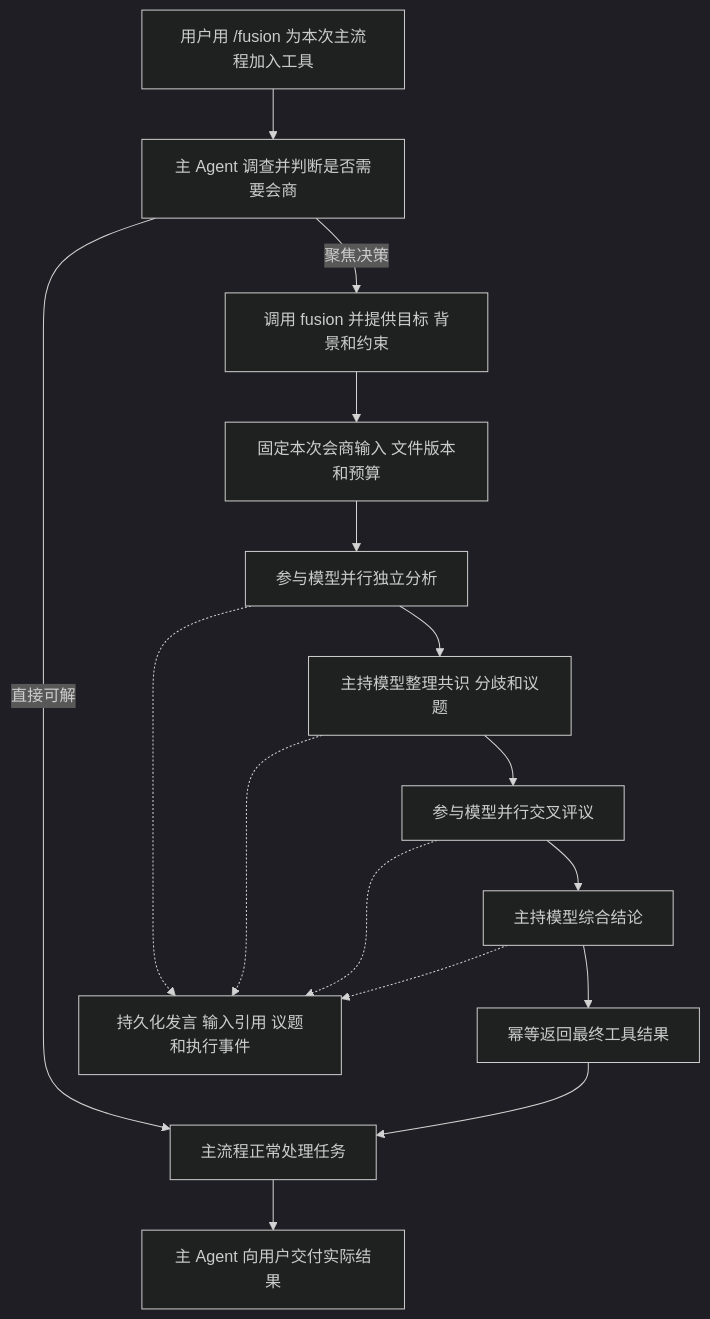
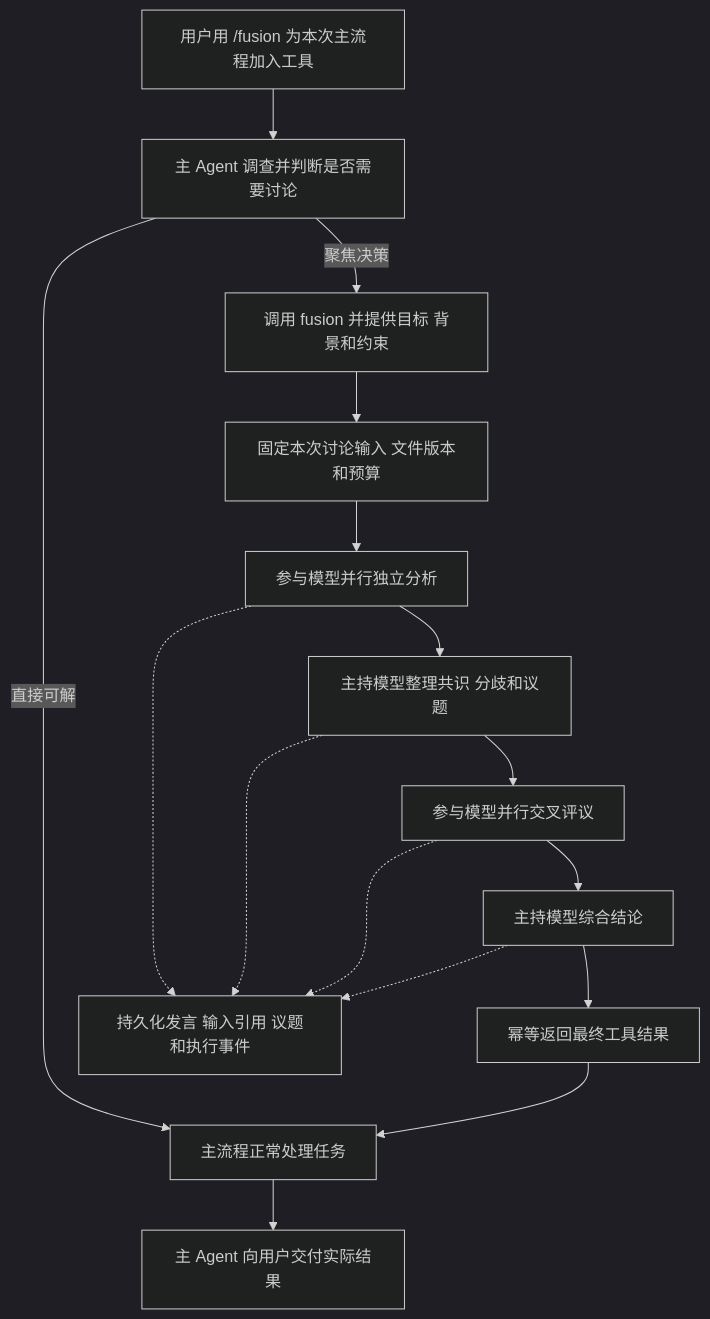
Before and after one commit to futuregene/future-os: the diagram in docs/architecture/fusion.zh-CN.md, drawn with Mermaid (dark theme). The commit also changed other lines of this file and 25 other files, not shown here.

````diff
--- a/docs/architecture/fusion.zh-CN.md
+++ b/docs/architecture/fusion.zh-CN.md
@@ -109,18 +109,18 @@
 ```mermaid
 flowchart TD
-    U[用户用 /fusion 为本次主流程加入工具] --> O[主 Agent 调查并判断是否需要会商]
+    U[用户用 /fusion 为本次主流程加入工具] --> O[主 Agent 调查并判断是否需要讨论]
     O -->|直接可解| E[主流程正常处理任务]
     O -->|聚焦决策| T[调用 fusion 并提供目标 背景和约束]
-    T --> S[固定本次会商输入 文件版本和预算]
+    T --> S[固定本次讨论输入 文件版本和预算]
     S --> A[参与模型并行独立分析]
     A --> I[主持模型整理共识 分歧和议题]
     I --> R[参与模型并行交叉评议]
     R --> F[主持模型综合结论]
     F --> P[幂等返回最终工具结果]
     P --> E
     E --> Z[主 Agent 向用户交付实际结果]
     A -.-> D[持久化发言 输入引用 议题和执行事件]
     I -.-> D
     R -.-> D
     F -.-> D
 ```
````
